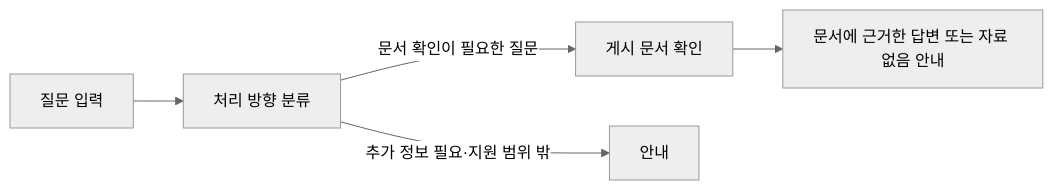
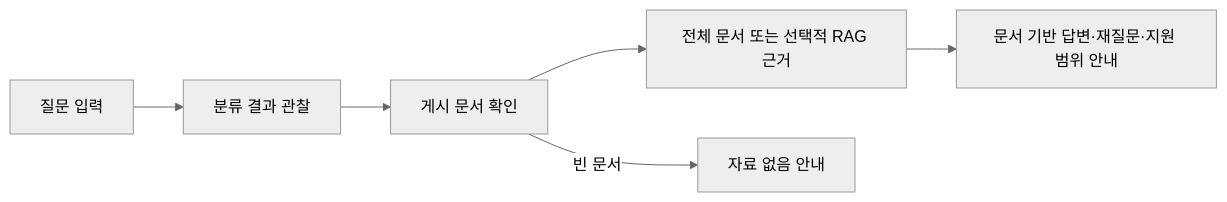
One commit to KANT-2nd-project/sanaebi changed the diagram in README.md. Above: the diagram before and after it, drawn with Mermaid (neutral theme). The commit also changed other lines of this file and 6 other files, not shown here.

````diff
--- a/README.md
+++ b/README.md
@@ -21,7 +21,8 @@
 ```mermaid
 flowchart LR
-    Q["질문 입력"] --> C["처리 방향 분류"]
-    C -->|"문서 확인이 필요한 질문"| D["게시 문서 확인"]
-    C -->|"추가 정보 필요·지원 범위 밖"| G["안내"]
-    D --> A["문서에 근거한 답변 또는 자료 없음 안내"]
+    Q["질문 입력"] --> C["분류 결과 관찰"]
+    C --> D["게시 문서 확인"]
+    D --> E["전체 문서 또는 선택적 RAG 근거"]
+    E --> A["문서 기반 답변·재질문·지원 범위 안내"]
+    D -->|"빈 문서"| N["자료 없음 안내"]
 ```
````
